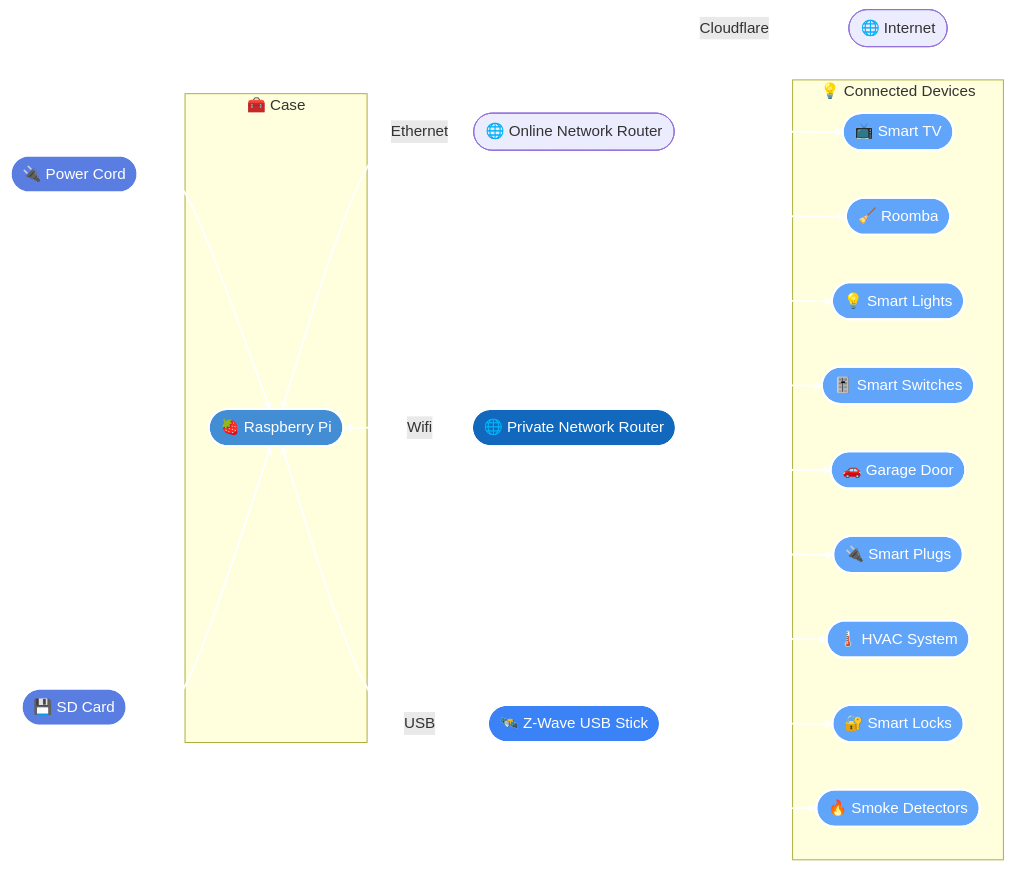
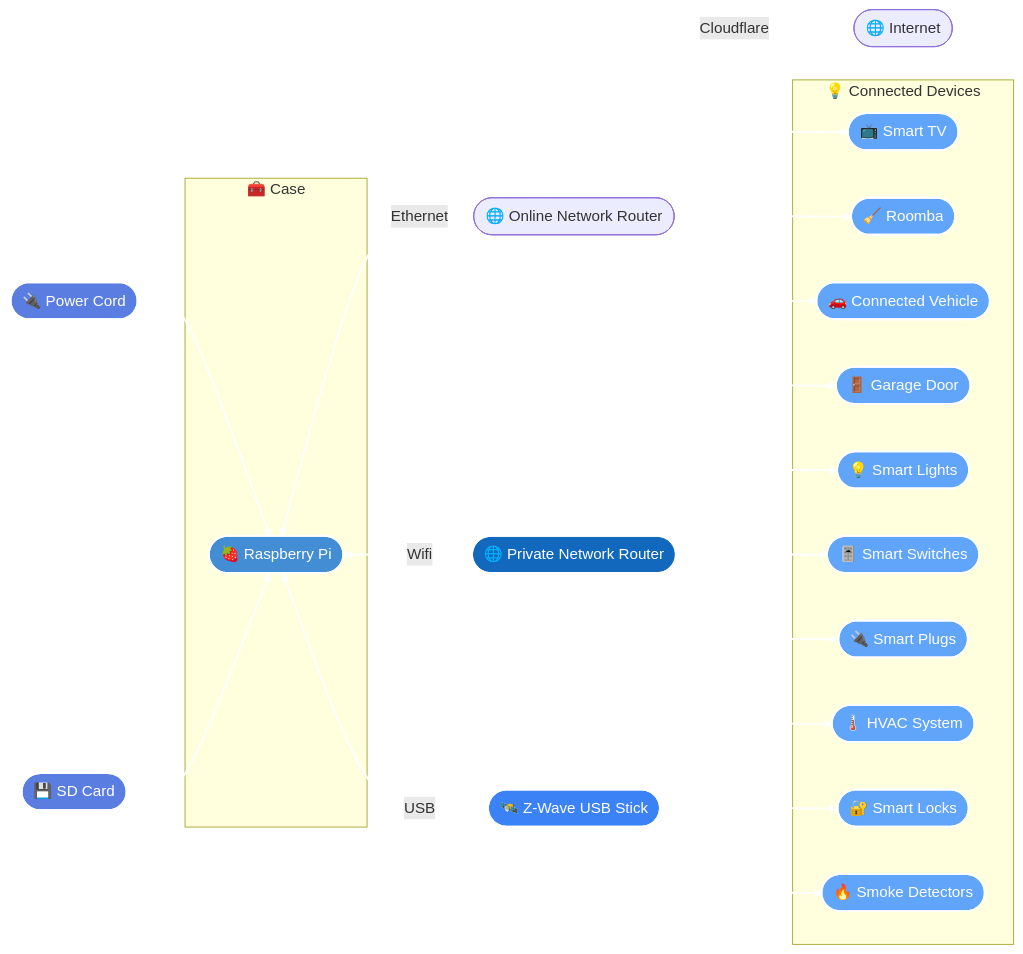
One commit to lauren-cordova/home-assistant changed the diagram in README.md. Above: the diagram before and after it, drawn with Mermaid.

Commit message:
Update README.md
Updated devices on architecture diagram

````diff
--- a/README.md
+++ b/README.md
@@ -24,54 +24,56 @@
 ```mermaid
 flowchart LR
     PWR([🔌 Power Cord])
     SD([💾 SD Card])
     ONET([🌐 Online Network Router])
     NET([🌐 Private Network Router])
     INET([🌐 Internet])
     ZW(["🛰️ Z-Wave USB Stick"])
 
     subgraph Case [🧰 Case]
         PI(["🍓 Raspberry Pi"])
     end
 
     subgraph Devices [💡 Connected Devices]
         Lights([💡 Smart Lights])
         Switches([🎚️ Smart Switches])
         Locks([🔐 Smart Locks])
-        Garage([🚗 Garage Door])
+        Garage([🚪 Garage Door])
         TV([📺 Smart TV])
         HVAC([🌡️ HVAC System])
         Smoke([🔥 Smoke Detectors])
         Plugs([🔌 Smart Plugs])
         Roomba([🧹 Roomba])
+        CV([🚗 Connected Vehicle])
     end
 
     PWR --> PI
     SD --> PI
     PI <--> |Ethernet| ONET
     PI <--> |Wifi| NET
     PI <--> |USB| ZW
     ONET <--> |Cloudflare| INET
 
     ONET <--> TV
     ONET <--> Roomba
+    ONET <--> CV
     ZW <--> HVAC
 
     NET <--> Lights
     NET <--> Switches
     ZW <--> Locks
-    NET <--> Garage
+    ONET <--> Garage
     ZW <--> Smoke
     NET <--> Plugs
 
     style PWR fill:#5a7de2,stroke:#fff,stroke-width:2px,color:#fff
     style SD fill:#5a7de2,stroke:#fff,stroke-width:2px,color:#fff
     style PI fill:#438dd5,stroke:#fff,stroke-width:2px,color:#fff
     style NET fill:#1168bd,stroke:#fff,stroke-width:2px,color:#fff
     style ZW fill:#3b82f6,stroke:#fff,stroke-width:2px,color:#fff
 
     classDef device fill:#60a5fa,stroke:#fff,stroke-width:2px,color:#fff
-    class Lights,Switches,Locks,Garage,TV,HVAC,Smoke,Plugs,Roomba device
+    class Lights,Switches,Locks,Garage,TV,HVAC,Smoke,Plugs,Roomba,CV device
 
     linkStyle default stroke:#fff,stroke-width:2px
 ```
````
